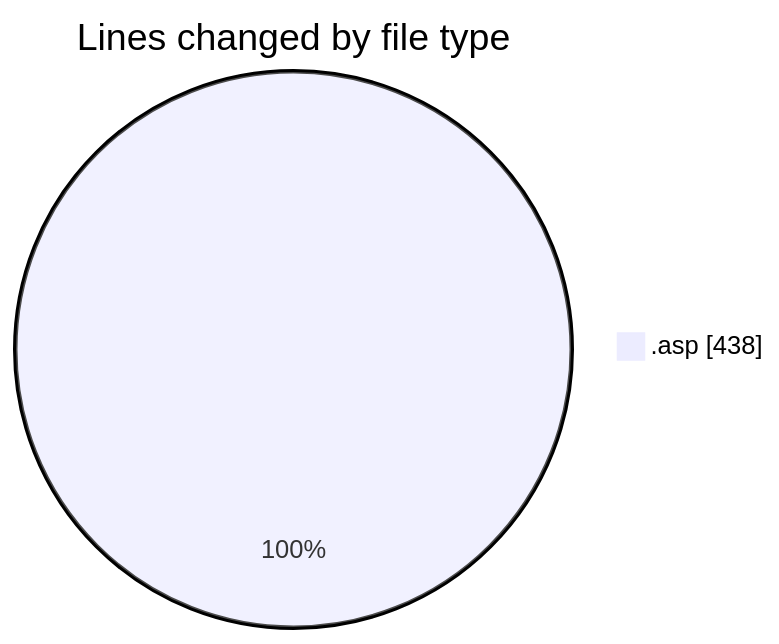
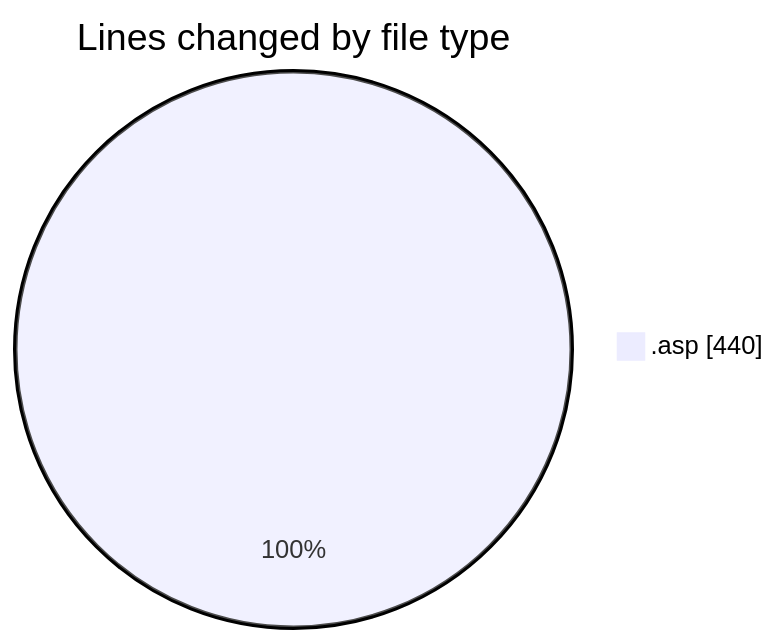
The first of 2 diagrams in 2025-11-12/cdp_aleoudev_fr__workspace_/README.md (julien-gomy/code-tracking), drawn with Mermaid before and after one commit. The commit also changed other lines of this file and 1 other file, not shown here.

````diff
--- a/2025-11-12/cdp_aleoudev_fr__workspace_/README.md
+++ b/2025-11-12/cdp_aleoudev_fr__workspace_/README.md
@@ -22,5 +22,5 @@
 ```mermaid
 pie showData
 title Lines changed by file type
-".asp" : 438
+".asp" : 440
 ```
````
